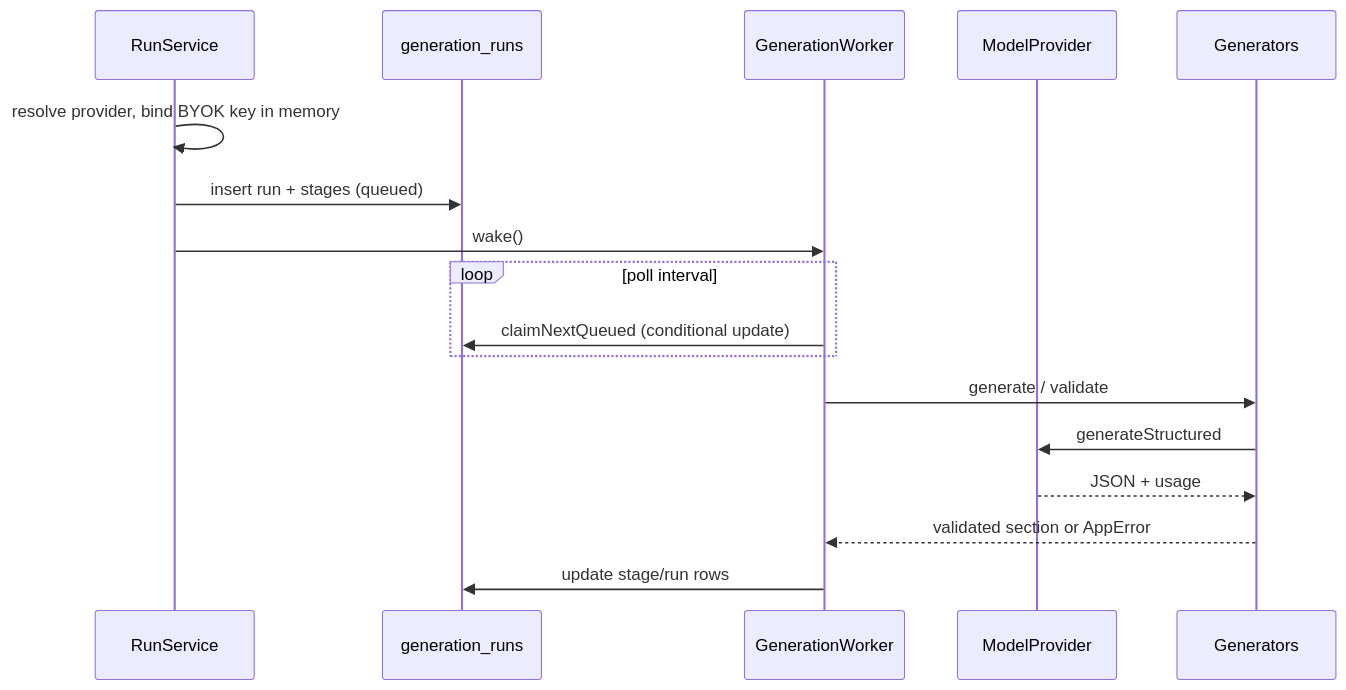
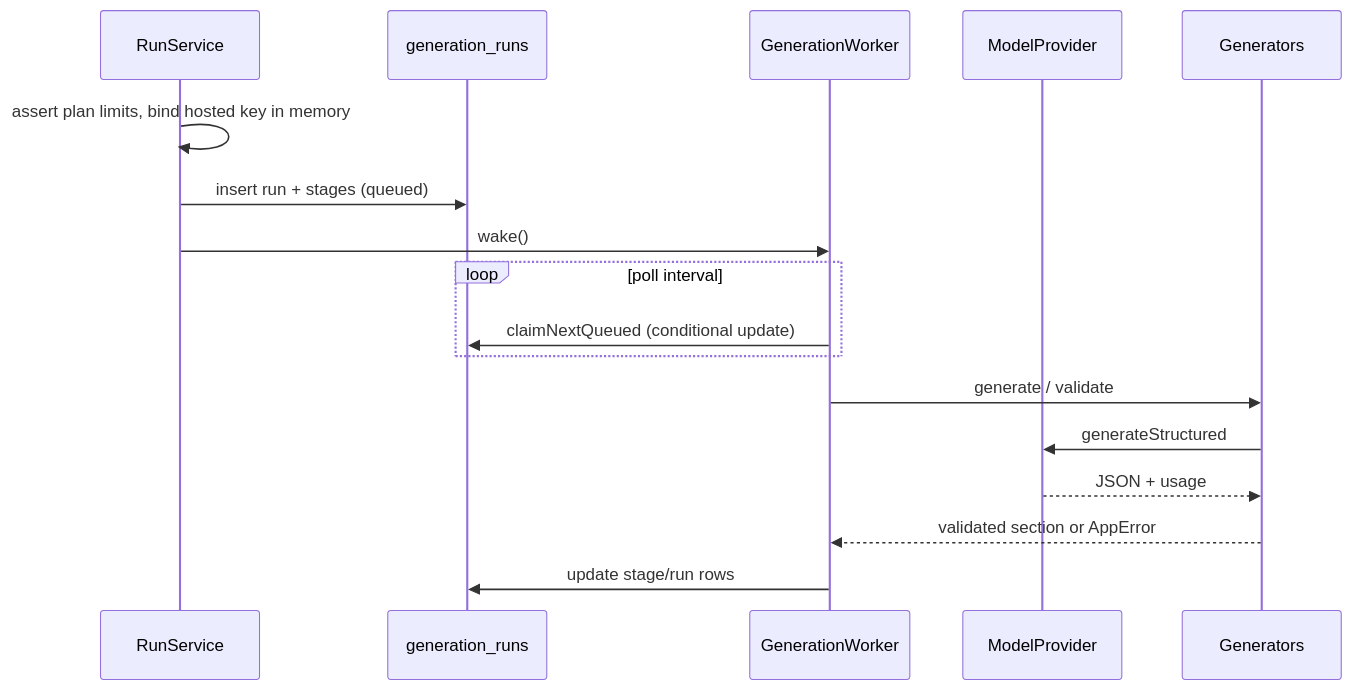
One commit to yogimait/SDA_SystemDesignForAll changed the second of 3 diagrams in backend-server/docs/Generation.md. Above: the diagram before and after it, drawn with Mermaid. The commit also changed other lines of this file and 96 other files, not shown here.

Commit message:
feat(generation): move to hosted model access and remove BYOK

````diff
--- a/backend-server/docs/Generation.md
+++ b/backend-server/docs/Generation.md
@@ -37,19 +37,19 @@
 ```mermaid
 sequenceDiagram
   participant API as RunService
   participant Q as generation_runs
   participant W as GenerationWorker
   participant P as ModelProvider
   participant G as Generators
-  API->>API: resolve provider, bind BYOK key in memory
+  API->>API: assert plan limits, bind hosted key in memory
   API->>Q: insert run + stages (queued)
   API->>W: wake()
   loop poll interval
     W->>Q: claimNextQueued (conditional update)
   end
   W->>G: generate / validate
   G->>P: generateStructured
   P-->>G: JSON + usage
   G-->>W: validated section or AppError
   W->>Q: update stage/run rows
 ```
````
